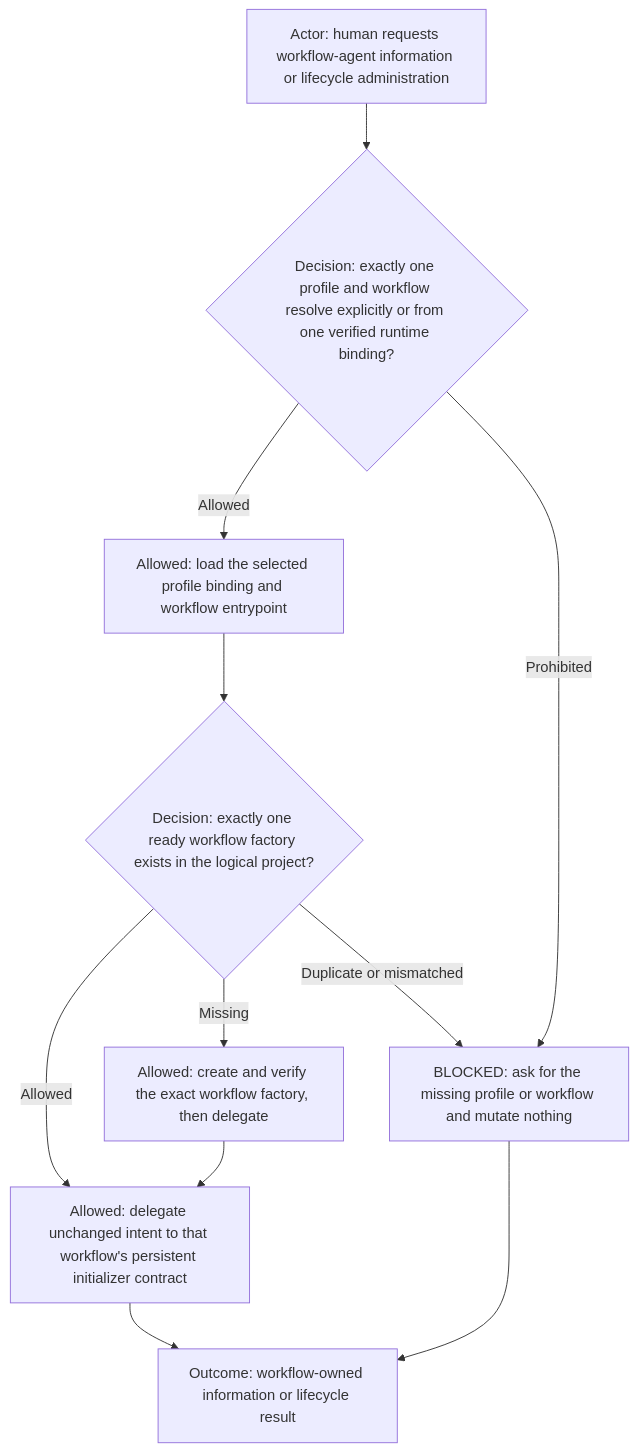
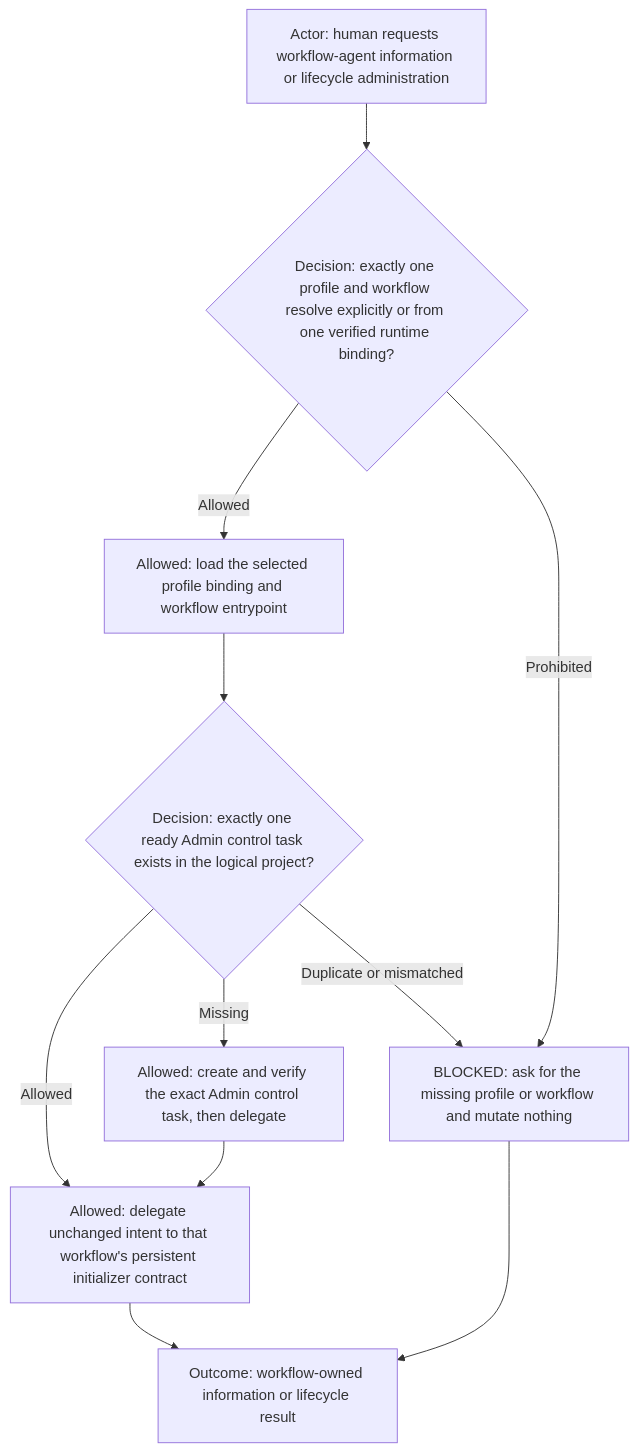
Before and after one commit to starodubtsevconsulting/ai-commands: the third of 13 diagrams in agents/agents.command.md, drawn with Mermaid. The commit also changed other lines of this file and 1 other file, not shown here.

Commit message:
agents: publish Admin routing hardening

````diff
--- a/agents/agents.command.md
+++ b/agents/agents.command.md
@@ -39,13 +39,13 @@
 ```mermaid
 flowchart TD
   Actor["Actor: human requests workflow-agent information or lifecycle administration"] --> Decision{"Decision: exactly one profile and workflow resolve explicitly or from one verified runtime binding?"}
   Decision -->|Allowed| Resolve["Allowed: load the selected profile binding and workflow entrypoint"]
   Decision -->|Prohibited| Blocked["BLOCKED: ask for the missing profile or workflow and mutate nothing"]
-  Resolve --> Factory{"Decision: exactly one ready workflow factory exists in the logical project?"}
-  Factory -->|Allowed| Delegate["Allowed: delegate unchanged intent to that workflow's persistent initializer contract"]
-  Factory -->|Missing| Bootstrap["Allowed: create and verify the exact workflow factory, then delegate"]
-  Factory -->|Duplicate or mismatched| Blocked
+  Resolve --> Admin{"Decision: exactly one ready Admin control task exists in the logical project?"}
+  Admin -->|Allowed| Delegate["Allowed: delegate unchanged intent to that workflow's persistent initializer contract"]
+  Admin -->|Missing| Bootstrap["Allowed: create and verify the exact Admin control task, then delegate"]
+  Admin -->|Duplicate or mismatched| Blocked
   Bootstrap --> Delegate
   Delegate --> Outcome["Outcome: workflow-owned information or lifecycle result"]
   Blocked --> Outcome
 ```
````
